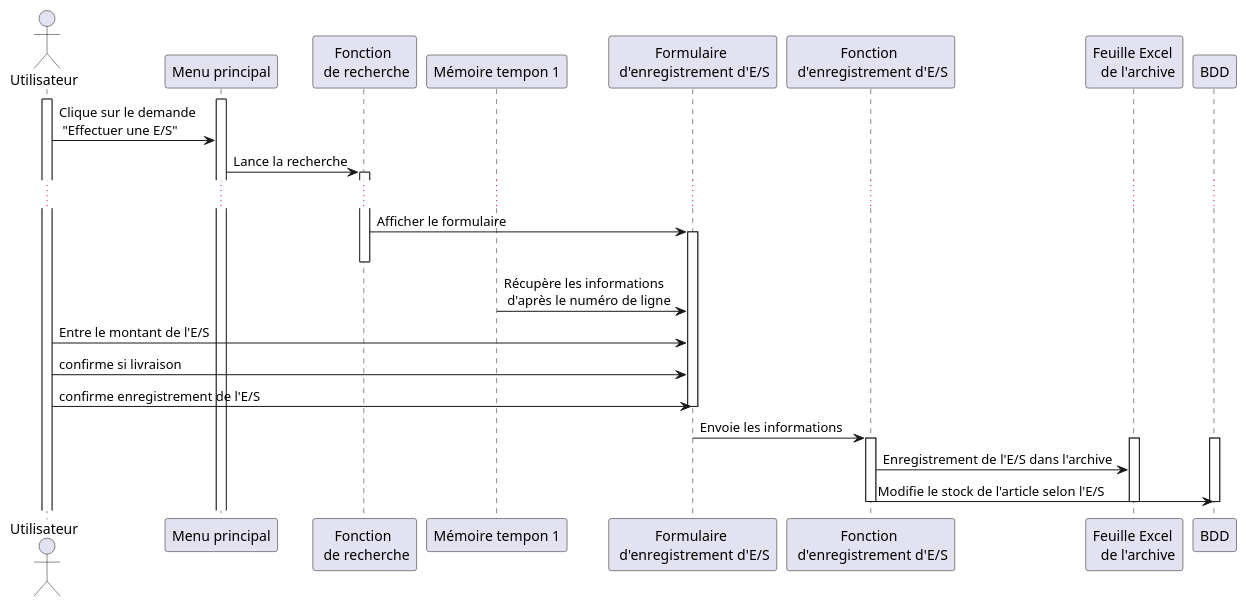
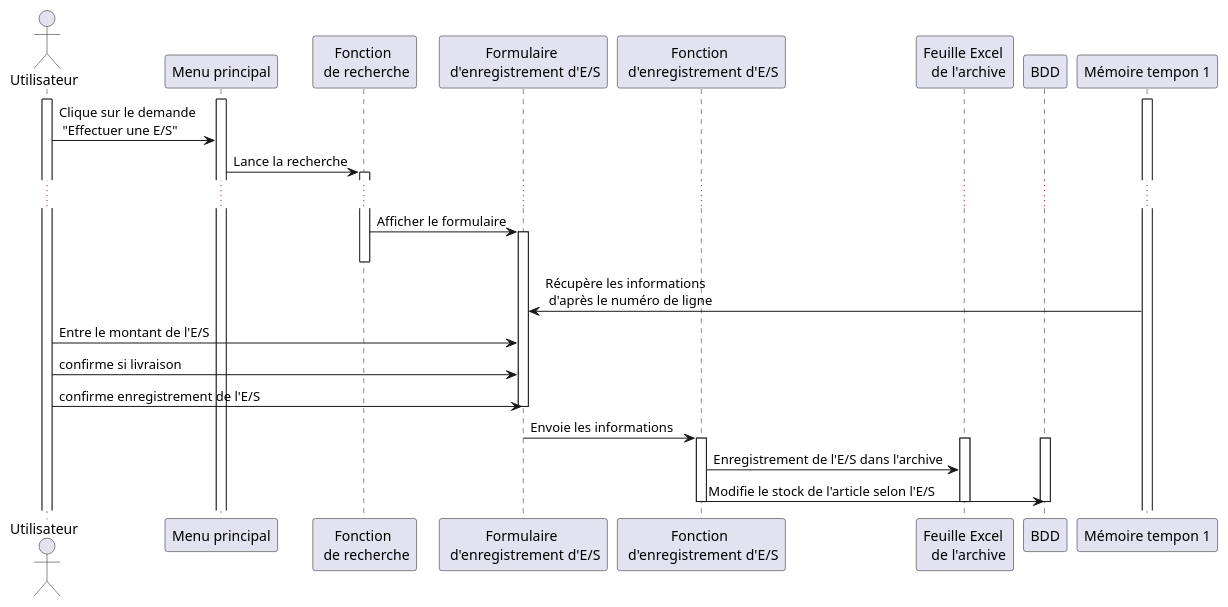
The diagram in sequence/Mission 1/suiviES.puml (UPPA-s-University-Projects/rapport-stage), drawn with PlantUML before and after one commit. The commit also changed 6 other files, not shown here.

Commit message:
New diagram, begin M2 Work

```diff
--- a/sequence/Mission 1/suiviES.puml
+++ b/sequence/Mission 1/suiviES.puml
@@ -1,45 +1,47 @@
 @startuml global gestionnaire de stocks sequence
 
     'Create an actor "user"
     actor Utilisateur as usr
     participant "Menu principal" as mmenu
     participant "Fonction \n de recherche" as search
-    participant "Mémoire tempon 1" as temp1
   
     participant "Formulaire \n d'enregistrement d'E/S" as frmES
     participant "Fonction \n d'enregistrement d'E/S" as funcES
     participant "Feuille Excel \n  de l'archive" as feuilExcel
     participant "BDD" as bdd
+    participant "Mémoire tempon 1" as temp1
 
     Activate usr
+    Activate temp1
     Activate mmenu
     usr -> mmenu : Clique sur le demande \n "Effectuer une E/S"    
     mmenu -> search : Lance la recherche
     activate search
     ...
     search -> frmES: Afficher le formulaire
     activate frmES
     deactivate search
     
 
     frmES <- temp1: Récupère les informations \n d'après le numéro de ligne
     usr -> frmES: Entre le montant de l'E/S
     usr -> frmES: confirme si livraison
     usr -> frmES: confirme enregistrement de l'E/S
     deactivate frmES
     frmES -> funcES: Envoie les informations
     activate funcES
     
     activate feuilExcel
     activate bdd
     funcES -> feuilExcel: Enregistrement de l'E/S dans l'archive
     funcES -> bdd: Modifie le stock de l'article selon l'E/S
     deactivate funcES
     deactivate bdd
     deactivate feuilExcel
     deactivate frmES
 
 
 
 
+
 @enduml
```
